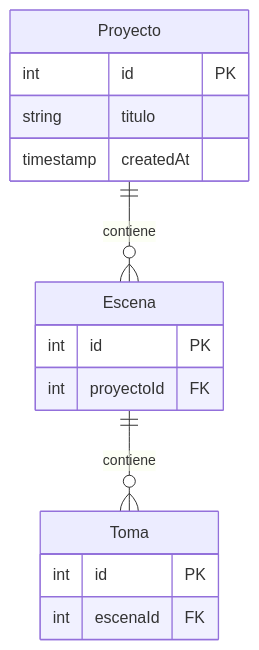
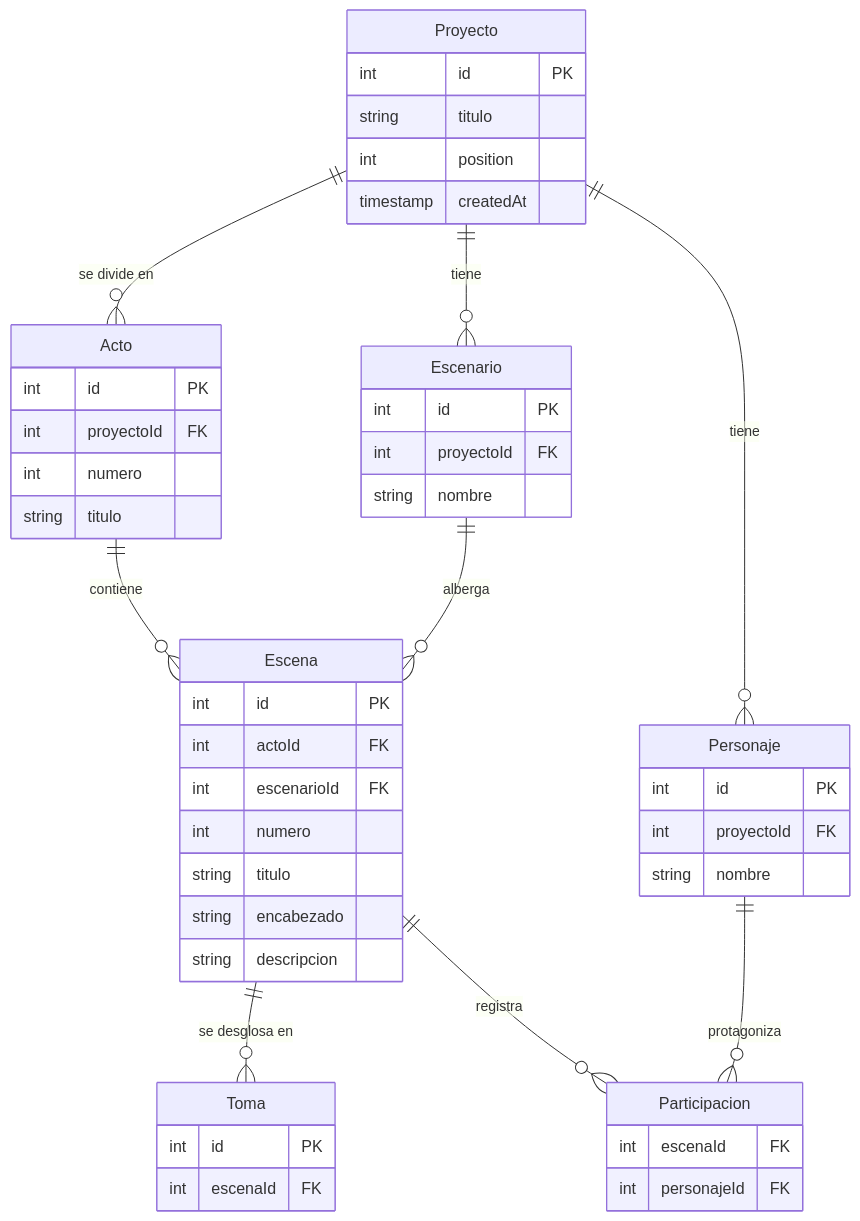
One commit to Moibe/estudio-cine changed the diagram in docs/entidades.md. Above: the diagram before and after it, drawn with Mermaid. The commit also changed other lines of this file and 46 other files, not shown here.

````diff
--- a/docs/entidades.md
+++ b/docs/entidades.md
@@ -7,21 +7,57 @@
 ```mermaid
 erDiagram
-    Proyecto ||--o{ Escena : "contiene"
-    Escena   ||--o{ Toma   : "contiene"
+    Proyecto      ||--o{ Acto          : "se divide en"
+    Proyecto      ||--o{ Personaje     : "tiene"
+    Proyecto      ||--o{ Escenario     : "tiene"
+    Acto          ||--o{ Escena        : "contiene"
+    Escenario     ||--o{ Escena        : "alberga"
+    Escena        ||--o{ Toma          : "se desglosa en"
+    Escena        ||--o{ Participacion : "registra"
+    Personaje     ||--o{ Participacion : "protagoniza"
 
     Proyecto {
         int id PK
         string titulo
+        int position
         timestamp createdAt
+    }
+
+    Acto {
+        int id PK
+        int proyectoId FK
+        int numero
+        string titulo
     }
 
     Escena {
         int id PK
+        int actoId FK
+        int escenarioId FK
+        int numero
+        string titulo
+        string encabezado
+        string descripcion
+    }
+
+    Personaje {
+        int id PK
         int proyectoId FK
+        string nombre
+    }
+
+    Escenario {
+        int id PK
+        int proyectoId FK
+        string nombre
+    }
+
+    Participacion {
+        int escenaId FK
+        int personajeId FK
     }
 
     Toma {
         int id PK
         int escenaId FK
     }
 ```
````
